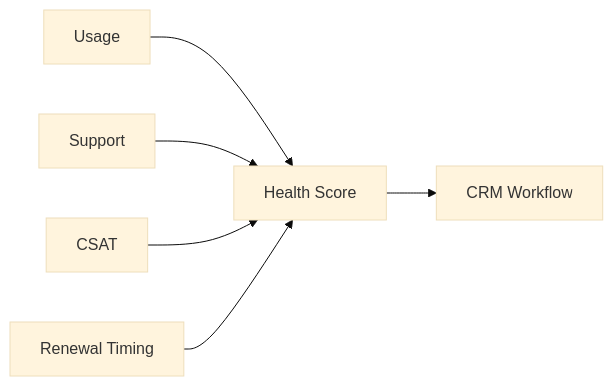
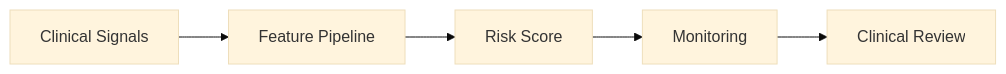
The diagram in projects/daily-linkedin-post-workflow/generated/latest-linkedin-post.md (Kasala95/data-engineering-portfolio), drawn with Mermaid (base theme) before and after one commit. The commit also changed other lines of this file and 3 other files, not shown here.

````diff
--- a/projects/daily-linkedin-post-workflow/generated/latest-linkedin-post.md
+++ b/projects/daily-linkedin-post-workflow/generated/latest-linkedin-post.md
@@ -25,8 +25,7 @@
 ```mermaid
 flowchart LR
-  A[Usage] --> E[Health Score]
-  B[Support] --> E
-  C[CSAT] --> E
-  D[Renewal Timing] --> E
-  E --> F[CRM Workflow]
+  A[Clinical Signals] --> B[Feature Pipeline]
+  B --> C[Risk Score]
+  C --> D[Monitoring]
+  D --> E[Clinical Review]
 ```
````
